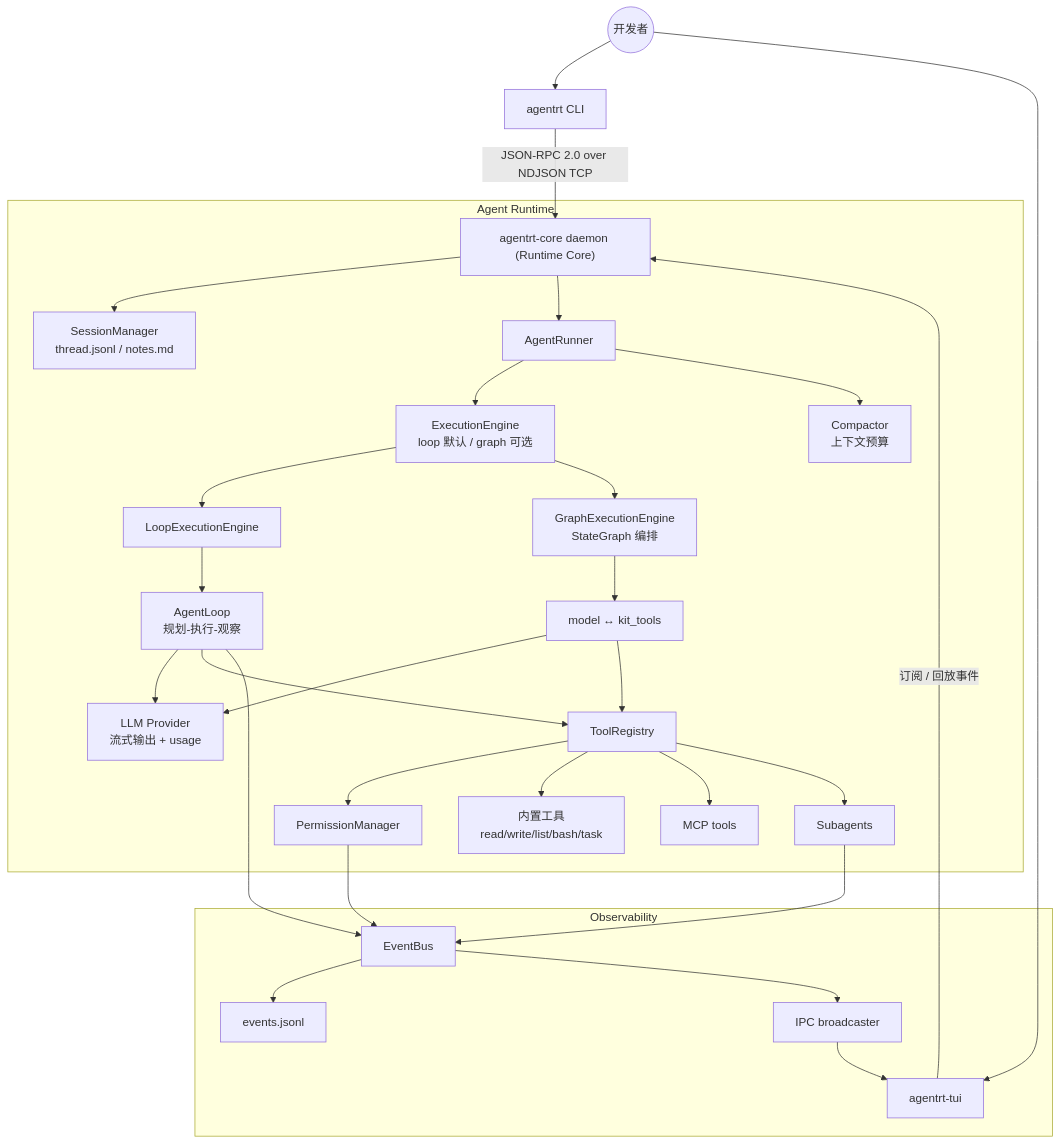
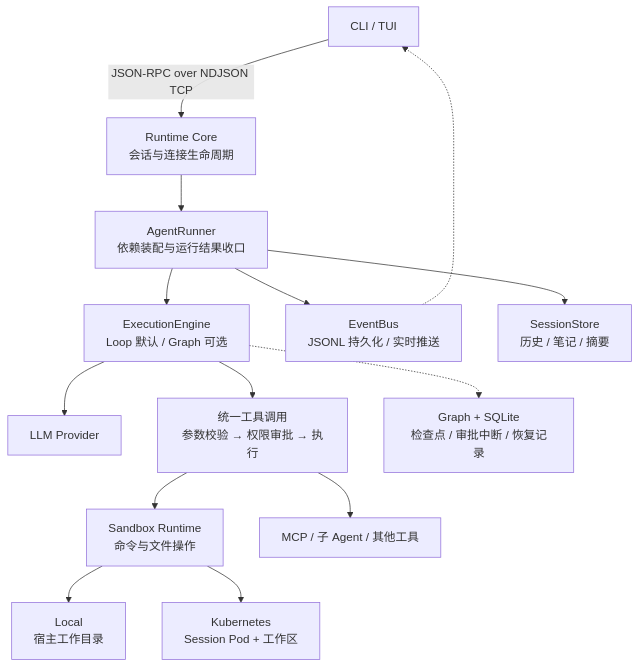
One commit to zed123214/agent-runtime-kit changed the diagram in README.md. Above: the diagram before and after it, drawn with Mermaid. The commit also changed other lines of this file, not shown here.

````diff
--- a/README.md
+++ b/README.md
@@ -27,35 +33,16 @@
 ```mermaid
-graph TD
-    User((开发者)) --> CLI["agentrt CLI"]
-    User --> TUI["agentrt-tui"]
-    CLI -->|JSON-RPC 2.0 over NDJSON TCP| Core["agentrt-core daemon (Runtime Core)"]
-    TUI -->|订阅 / 回放事件| Core
-
-    subgraph Runtime["Agent Runtime"]
-        Core --> Session["SessionManager\nthread.jsonl / notes.md"]
-        Core --> Runner["AgentRunner"]
-        Runner --> Engine["ExecutionEngine\nloop 默认 / graph 可选"]
-        Engine --> LoopEngine["LoopExecutionEngine"]
-        Engine --> GraphEngine["GraphExecutionEngine\nStateGraph 编排"]
-        LoopEngine --> Loop["AgentLoop\n规划-执行-观察"]
-        GraphEngine --> Graph["model ↔ kit_tools"]
-        Loop --> LLM["LLM Provider\n流式输出 + usage"]
-        Loop --> Registry["ToolRegistry"]
-        Graph --> LLM
-        Graph --> Registry
-        Registry --> Permission["PermissionManager"]
-        Registry --> Builtins["内置工具\nread/write/list/bash/task"]
-        Registry --> MCP["MCP tools"]
-        Registry --> SubAgent["Subagents"]
-        Runner --> Compact["Compactor\n上下文预算"]
-    end
-
-    subgraph Observability["Observability"]
-        Loop --> EventBus["EventBus"]
-        Permission --> EventBus
-        SubAgent --> EventBus
-        EventBus --> Writer["events.jsonl"]
-        EventBus --> Broadcast["IPC broadcaster"]
-        Broadcast --> TUI
-    end
+flowchart TD
+    Client["CLI / TUI"] -->|JSON-RPC over NDJSON TCP| Core["Runtime Core<br/>会话与连接生命周期"]
+    Core --> Runner["AgentRunner<br/>依赖装配与运行结果收口"]
+    Runner --> Engine["ExecutionEngine<br/>Loop 默认 / Graph 可选"]
+    Engine --> Provider["LLM Provider"]
+    Engine --> Tools["统一工具调用<br/>参数校验 → 权限审批 → 执行"]
+    Tools --> Sandbox["Sandbox Runtime<br/>命令与文件操作"]
+    Tools --> Extensions["MCP / 子 Agent / 其他工具"]
+    Sandbox --> Local["Local<br/>宿主工作目录"]
+    Sandbox --> K8s["Kubernetes<br/>Session Pod + 工作区"]
+    Runner --> Events["EventBus<br/>JSONL 持久化 / 实时推送"]
+    Events -.-> Client
+    Runner --> Session["SessionStore<br/>历史 / 笔记 / 摘要"]
+    Engine -.-> Recovery["Graph + SQLite<br/>检查点 / 审批中断 / 恢复记录"]
 ```
````
